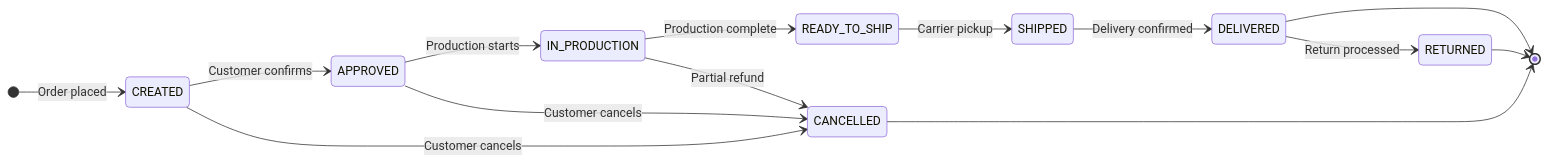
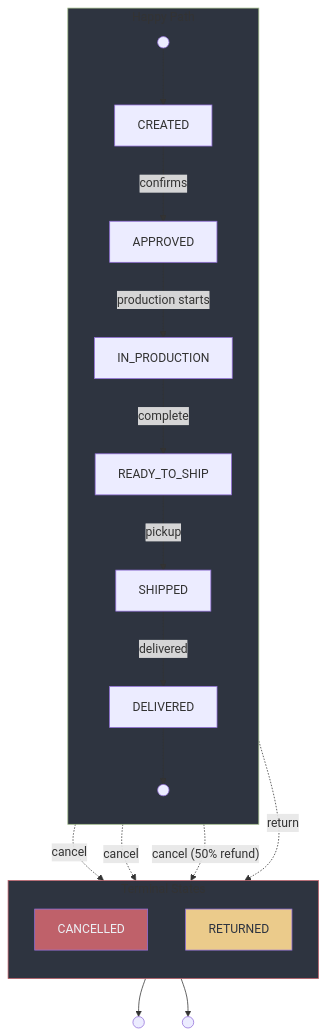
One commit to brandonvio/brightthread changed the diagram in docs/appendix/order-lifecycle.md. Above: the diagram before and after it, drawn with Mermaid. The commit also changed 1 other file, not shown here.

Commit message:
design docs...

````diff
--- a/docs/appendix/order-lifecycle.md
+++ b/docs/appendix/order-lifecycle.md
@@ -14,17 +14,31 @@
 ```mermaid
-stateDiagram-v2
-    direction LR
-    [*] --> CREATED: Order placed
-    CREATED --> APPROVED: Customer confirms
-    CREATED --> CANCELLED: Customer cancels
-    APPROVED --> IN_PRODUCTION: Production starts
-    APPROVED --> CANCELLED: Customer cancels
-    IN_PRODUCTION --> READY_TO_SHIP: Production complete
-    IN_PRODUCTION --> CANCELLED: Partial refund
-    READY_TO_SHIP --> SHIPPED: Carrier pickup
-    SHIPPED --> DELIVERED: Delivery confirmed
-    DELIVERED --> [*]
-    DELIVERED --> RETURNED: Return processed
-    RETURNED --> [*]
-    CANCELLED --> [*]
+flowchart TD
+    subgraph happy["Happy Path"]
+        direction TB
+        START(( )) --> CREATED
+        CREATED -->|confirms| APPROVED
+        APPROVED -->|production starts| IN_PRODUCTION
+        IN_PRODUCTION -->|complete| READY_TO_SHIP
+        READY_TO_SHIP -->|pickup| SHIPPED
+        SHIPPED -->|delivered| DELIVERED
+        DELIVERED --> END1(( ))
+    end
+
+    subgraph terminal["Terminal States"]
+        direction TB
+        CANCELLED
+        RETURNED
+    end
+
+    CREATED -.->|cancel| CANCELLED
+    APPROVED -.->|cancel| CANCELLED
+    IN_PRODUCTION -.->|"cancel (50% refund)"| CANCELLED
+    DELIVERED -.->|return| RETURNED
+    CANCELLED --> END2(( ))
+    RETURNED --> END3(( ))
+
+    style happy fill:#2E3440,stroke:#A3BE8C
+    style terminal fill:#2E3440,stroke:#BF616A
+    style CANCELLED fill:#BF616A,color:#ECEFF4
+    style RETURNED fill:#EBCB8B,color:#2E3440
 ```
````
